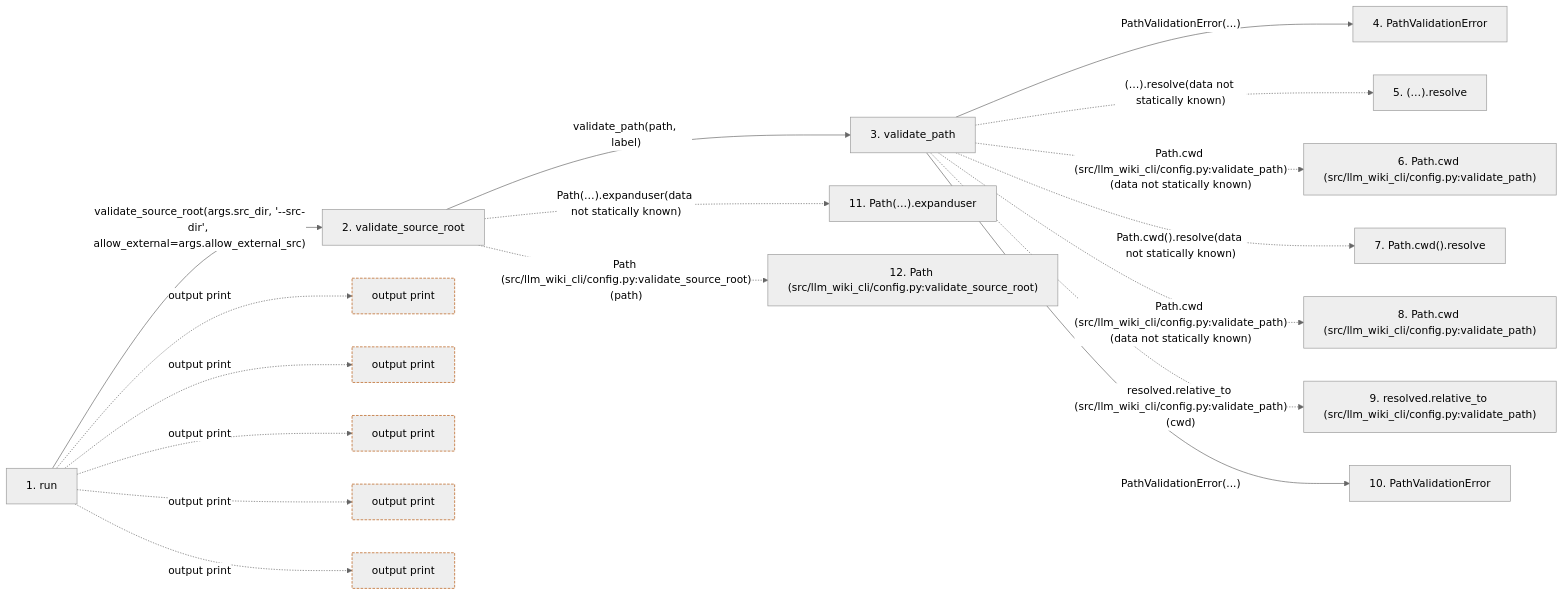
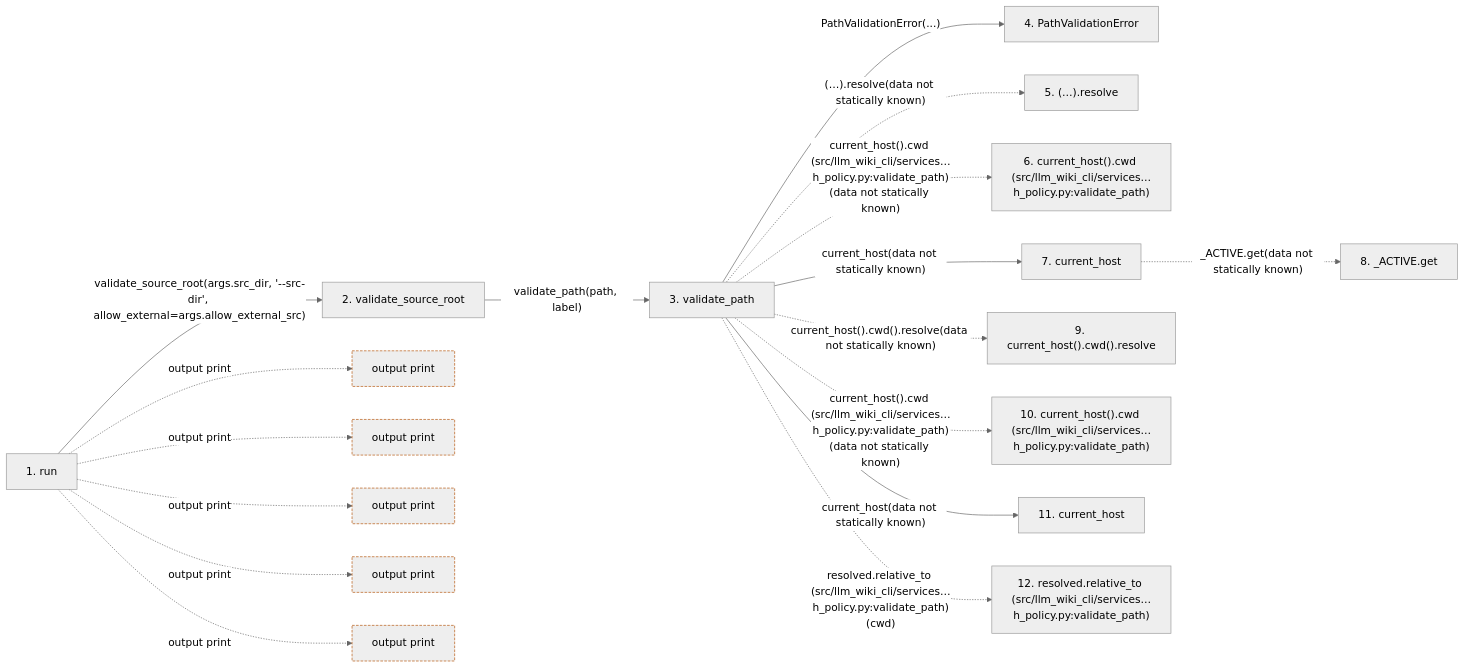
One commit to Denissvgn/python-wiki-llm changed the second of 2 diagrams in docs/llm_wiki/flows/cli-search.md. Above: the diagram before and after it, drawn with Mermaid (neutral theme). The commit also changed other lines of this file and 1555 other files, not shown here.

````diff
--- a/docs/llm_wiki/flows/cli-search.md
+++ b/docs/llm_wiki/flows/cli-search.md
@@ -168,47 +171,48 @@
 ```mermaid
 flowchart LR
     s1["1. run"]
     s2["2. validate_source_root"]
     s3["3. validate_path"]
     s4["4. PathValidationError"]
     s5["5. (…).resolve"]
-    s6["6. Path.cwd (src/llm_wiki_cli/config.py:validate_path)"]
-    s7["7. Path.cwd().resolve"]
-    s8["8. Path.cwd (src/llm_wiki_cli/config.py:validate_path)"]
-    s9["9. resolved.relative_to (src/llm_wiki_cli/config.py:validate_path)"]
-    s10["10. PathValidationError"]
-    s11["11. Path(…).expanduser"]
-    s12["12. Path (src/llm_wiki_cli/config.py:validate_source_root)"]
+    s6["6. current_host().cwd (src/llm_wiki_cli/services…h_policy.py:validate_path)"]
+    s7["7. current_host"]
+    s8["8. _ACTIVE.get"]
+    s9["9. current_host().cwd().resolve"]
+    s10["10. current_host().cwd (src/llm_wiki_cli/services…h_policy.py:validate_path)"]
+    s11["11. current_host"]
+    s12["12. resolved.relative_to (src/llm_wiki_cli/services…h_policy.py:validate_path)"]
     s1 -->|"validate_source_root(args.src_dir, '--src-dir', allow_external=args.allow_external_src)"| s2
     s2 -->|"validate_path(path, label)"| s3
     s3 -->|"PathValidationError(...)"| s4
     s3 -. "(…).resolve(data not statically known)" .-> s5
-    s3 -. "Path.cwd (src/llm_wiki_cli/config.py:validate_path)(data not statically known)" .-> s6
-    s3 -. "Path.cwd().resolve(data not statically known)" .-> s7
-    s3 -. "Path.cwd (src/llm_wiki_cli/config.py:validate_path)(data not statically known)" .-> s8
-    s3 -. "resolved.relative_to (src/llm_wiki_cli/config.py:validate_path)(cwd)" .-> s9
-    s3 -->|"PathValidationError(...)"| s10
-    s2 -. "Path(…).expanduser(data not statically known)" .-> s11
-    s2 -. "Path (src/llm_wiki_cli/config.py:validate_source_root)(path)" .-> s12
+    s3 -. "current_host().cwd (src/llm_wiki_cli/services…h_policy.py:validate_path)(data not statically known)" .-> s6
+    s3 -->|"current_host(data not statically known)"| s7
+    s7 -. "_ACTIVE.get(data not statically known)" .-> s8
+    s3 -. "current_host().cwd().resolve(data not statically known)" .-> s9
+    s3 -. "current_host().cwd (src/llm_wiki_cli/services…h_policy.py:validate_path)(data not statically known)" .-> s10
+    s3 -->|"current_host(data not statically known)"| s11
+    s3 -. "resolved.relative_to (src/llm_wiki_cli/services…h_policy.py:validate_path)(cwd)" .-> s12
     b0["output print"]
     s1 -. "output print" .-> b0
     b1["output print"]
     s1 -. "output print" .-> b1
     b2["output print"]
     s1 -. "output print" .-> b2
     b3["output print"]
     s1 -. "output print" .-> b3
     b4["output print"]
     s1 -. "output print" .-> b4
     click s1 "../modules/search_cmd.md"
-    click s2 "../modules/config.md"
-    click s3 "../modules/config.md"
-    click s4 "../modules/config.md"
-    click s10 "../modules/config.md"
+    click s2 "../modules/path_policy.md"
+    click s3 "../modules/path_policy.md"
+    click s4 "../modules/path_policy.md"
+    click s7 "../modules/host.md"
+    click s11 "../modules/host.md"
     classDef boundary stroke:#b45309,stroke-dasharray: 4 2
     class b0 boundary
     class b1 boundary
     class b2 boundary
     class b3 boundary
     class b4 boundary
 ```
````
